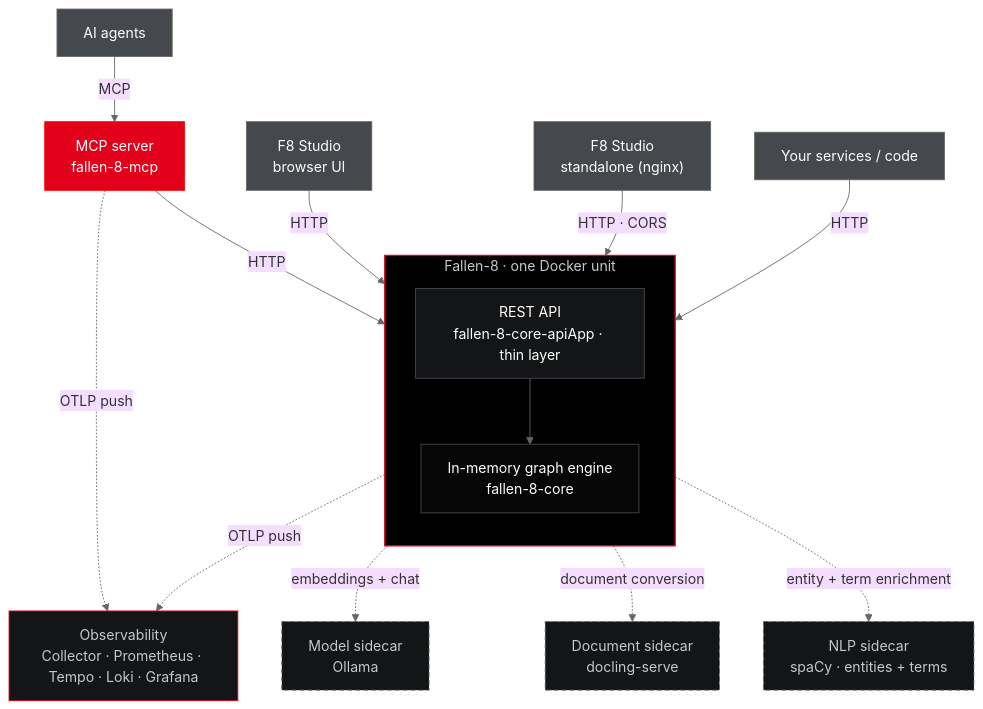
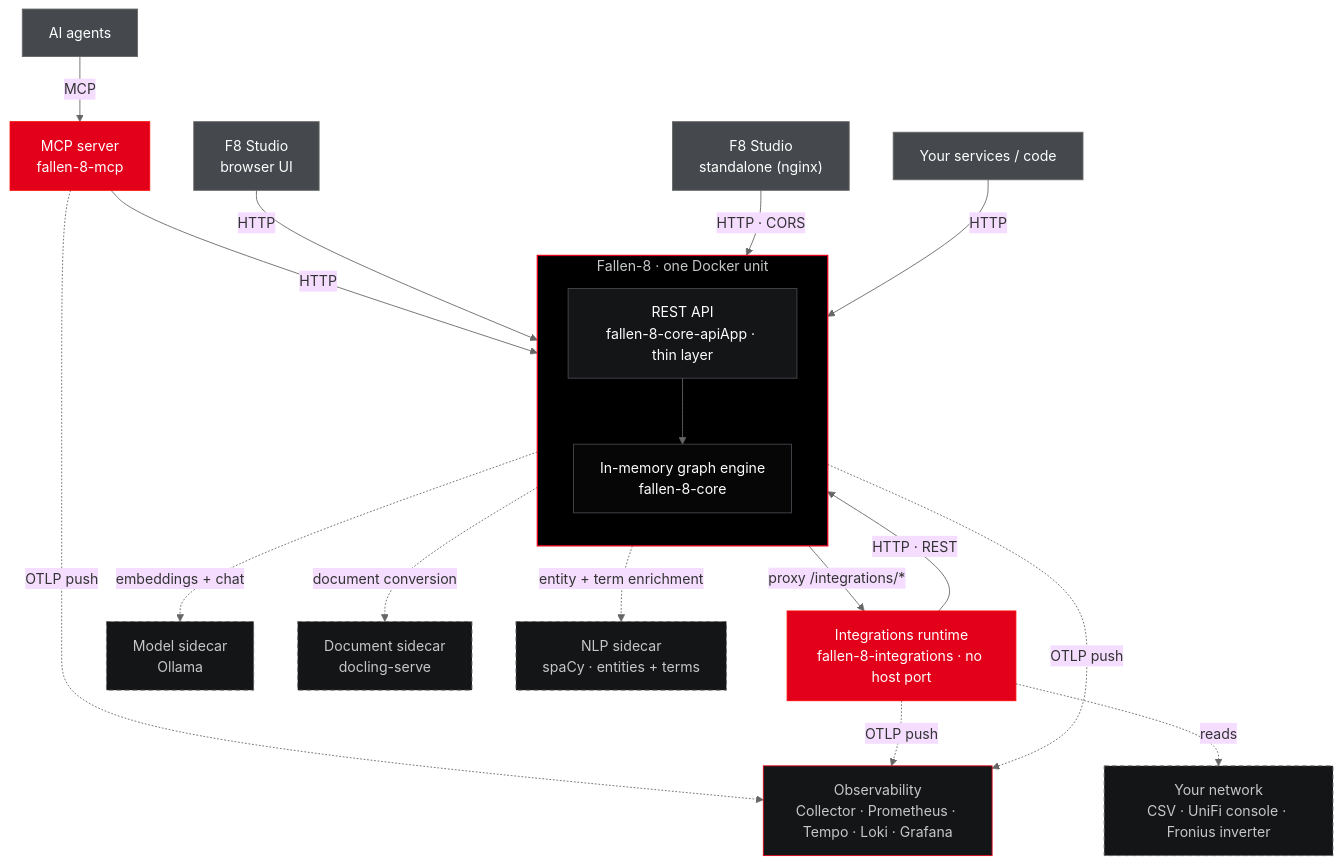
Before and after one commit to cosh/fallen-8-core: the diagram in README.md, drawn with Mermaid. The commit also changed other lines of this file and 25 other files, not shown here.

````diff
--- a/README.md
+++ b/README.md
@@ -98,41 +103,47 @@
 ```mermaid
 %%{init: {'theme':'base','themeVariables':{'fontFamily':'ui-monospace, SFMono-Regular, Menlo, Consolas, monospace','lineColor':'#666666'}}}%%
 flowchart TB
     agents["AI agents"]:::client
     studio["F8 Studio<br/>browser UI"]:::client
     uistandalone["F8 Studio<br/>standalone (nginx)"]:::client
     services["Your services / code"]:::client
 
     mcp["MCP server<br/>fallen-8-mcp"]:::mcp
+    integrations["Integrations runtime<br/>fallen-8-integrations · no host port"]:::mcp
 
     subgraph unit["Fallen-8 · one Docker unit"]
         direction TB
         rest["REST API<br/>fallen-8-core-apiApp · thin layer"]:::api
         engine["In-memory graph engine<br/>fallen-8-core"]:::engine
         rest --> engine
     end
 
     sidecar["Model sidecar<br/>Ollama"]:::ext
     docling["Document sidecar<br/>docling-serve"]:::ext
     nlp["NLP sidecar<br/>spaCy · entities + terms"]:::ext
+    sources["Your network<br/>CSV · UniFi console · Fronius inverter"]:::ext
     obs["Observability<br/>Collector · Prometheus · Tempo · Loki · Grafana"]:::obs
 
     agents -->|MCP| mcp
     mcp -->|HTTP| rest
     studio -->|HTTP| rest
     uistandalone -->|HTTP · CORS| rest
     services -->|HTTP| rest
     rest -.->|embeddings + chat| sidecar
     rest -.->|document conversion| docling
     rest -.->|entity + term enrichment| nlp
     rest -.->|OTLP push| obs
     mcp -.->|OTLP push| obs
+    rest -->|proxy /integrations/*| integrations
+    integrations -->|HTTP · REST| rest
+    integrations -.->|reads| sources
+    integrations -.->|OTLP push| obs
 
     classDef client fill:#45494D,stroke:#666666,color:#FEFEFE
     classDef mcp fill:#E2001A,stroke:#FC0606,color:#FEFEFE
     classDef api fill:#141516,stroke:#45494D,color:#FEFEFE
     classDef engine fill:#060606,stroke:#45494D,color:#FEFEFE
     classDef ext fill:#141516,stroke:#666666,color:#C6C7C8,stroke-dasharray:5 4
     classDef obs fill:#141516,stroke:#E2001A,color:#C6C7C8
     style unit fill:#000000,stroke:#E2001A,stroke-width:1.5px,color:#C6C7C8
 ```
````
